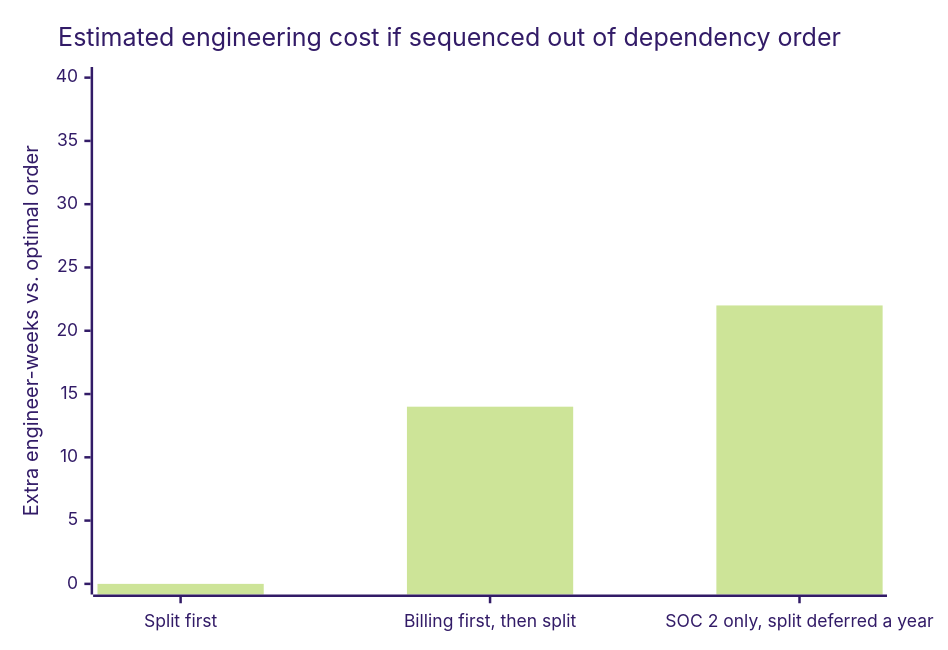
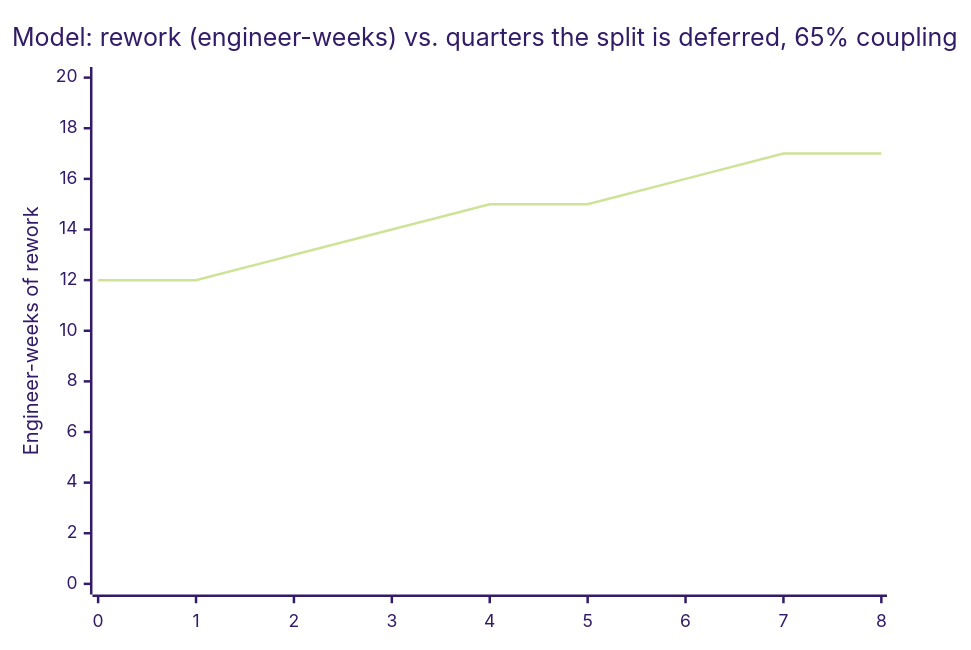
One commit to francoandreDev/knowledge changed the first of 4 diagrams in src/content/architecture/technical-strategy-roadmapping/L3-deep-dive.mdx. Above: the diagram before and after it, drawn with Mermaid (forest theme). The commit also changed other lines of this file and 18 other files, not shown here.

Commit message:
Migrate architecture batch 4 (architecture-for-compliance, cost-aware-architecture, architecture-review, technical-strategy-roadmapping) to the three-tier exercise model

````diff
--- a/src/content/architecture/technical-strategy-roadmapping/L3-deep-dive.mdx
+++ b/src/content/architecture/technical-strategy-roadmapping/L3-deep-dive.mdx
@@ -65,7 +69,7 @@
 ```mermaid
 xychart-beta
-    title "Estimated engineering cost if sequenced out of dependency order"
-    x-axis ["Split first", "Billing first, then split", "SOC 2 only, split deferred a year"]
-    y-axis "Extra engineer-weeks vs. optimal order" 0 --> 40
-    bar [0, 14, 22]
+    title "Model: rework (engineer-weeks) vs. quarters the split is deferred, 65% coupling"
+    x-axis ["0", "1", "2", "3", "4", "5", "6", "7", "8"]
+    y-axis "Engineer-weeks of rework" 0 --> 20
+    line [12, 12, 13, 14, 15, 15, 16, 17, 17]
 ```
````
